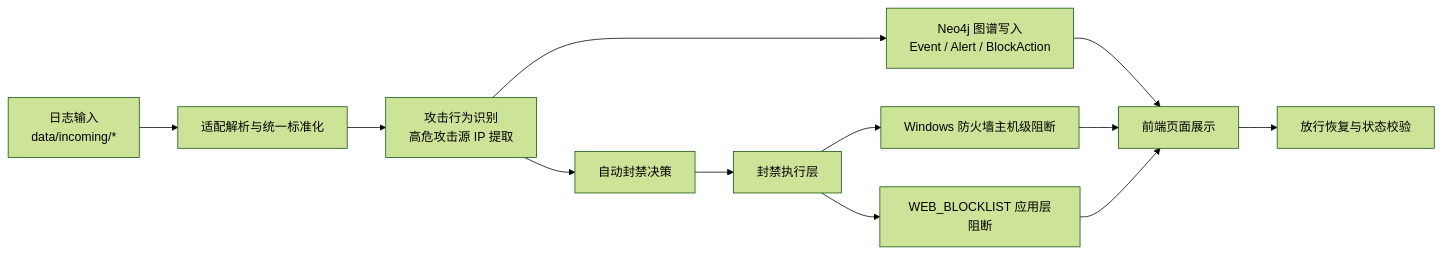
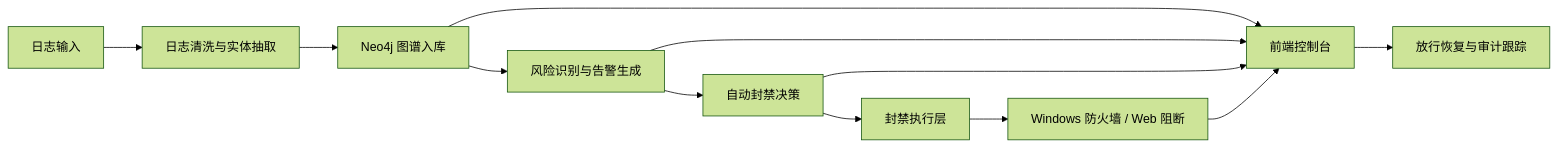
One commit to wxin10/enterprise-security-graph changed the diagram in README.md. Above: the diagram before and after it, drawn with Mermaid (forest theme). The commit also changed other lines of this file and 44 other files, not shown here.

````diff
--- a/README.md
+++ b/README.md
@@ -134,14 +28,14 @@
 ```mermaid
 flowchart LR
-    A["日志输入<br/>data/incoming/*"] --> B["适配解析与统一标准化"]
-    B --> C["攻击行为识别<br/>高危攻击源 IP 提取"]
-    C --> D["Neo4j 图谱写入<br/>Event / Alert / BlockAction"]
-    C --> E["自动封禁决策"]
+    A["日志输入"] --> B["日志清洗与实体抽取"]
+    B --> C["Neo4j 图谱入库"]
+    C --> D["风险识别与告警生成"]
+    D --> E["自动封禁决策"]
     E --> F["封禁执行层"]
-    F --> G["Windows 防火墙主机级阻断"]
-    F --> H["WEB_BLOCKLIST 应用层阻断"]
-    D --> I["前端页面展示"]
-    G --> I
-    H --> I
-    I --> J["放行恢复与状态校验"]
+    F --> G["Windows 防火墙 / Web 阻断"]
+    C --> H["前端控制台"]
+    D --> H
+    E --> H
+    G --> H
+    H --> I["放行恢复与审计跟踪"]
 ```
````
